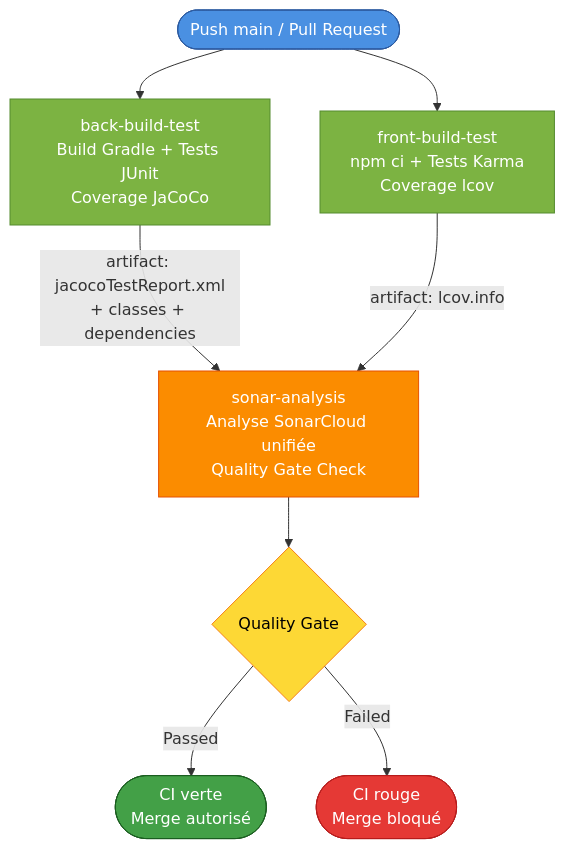
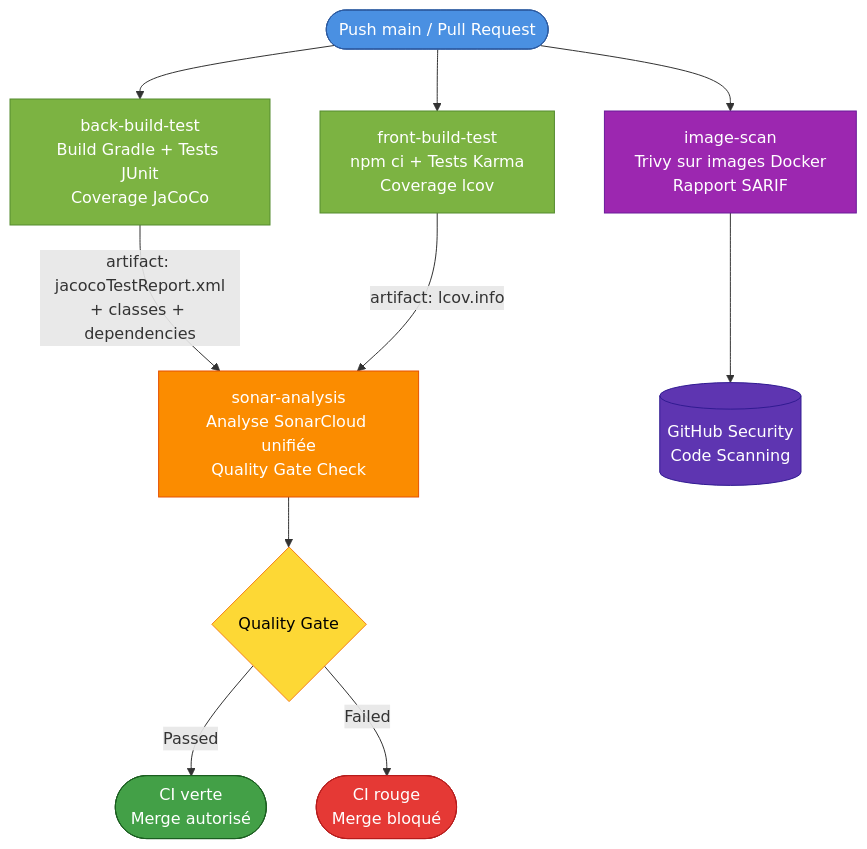
Before and after one commit to LaurentGourouvin/openclassrooms-project-9-micro-crm-orion: the diagram in Exercices/Partie_1/Etape_2/plan_ci.md, drawn with Mermaid. The commit also changed 4 other files, not shown here.

Commit message:
ci(security): add Trivy image scan to detect Docker vulnerabilities

````diff
--- a/Exercices/Partie_1/Etape_2/plan_ci.md
+++ b/Exercices/Partie_1/Etape_2/plan_ci.md
@@ -14,20 +14,24 @@
 ```mermaid
 flowchart TD
-Start([Push main / Pull Request]) --> Back[back-build-test<br/>Build Gradle + Tests JUnit<br/>Coverage JaCoCo]
-Start --> Front[front-build-test<br/>npm ci + Tests Karma<br/>Coverage lcov]
+    Start([Push main / Pull Request]) --> Back[back-build-test<br/>Build Gradle + Tests JUnit<br/>Coverage JaCoCo]
+    Start --> Front[front-build-test<br/>npm ci + Tests Karma<br/>Coverage lcov]
+    Start --> Scan[image-scan<br/>Trivy sur images Docker<br/>Rapport SARIF]
 
     Back -->|artifact: jacocoTestReport.xml<br/>+ classes + dependencies| Sonar[sonar-analysis<br/>Analyse SonarCloud unifiée<br/>Quality Gate Check]
     Front -->|artifact: lcov.info| Sonar
-    
+    Scan --> SecurityTab[(GitHub Security<br/>Code Scanning)]
+
     Sonar --> Result{Quality Gate}
     Result -->|Passed| Success([CI verte<br/>Merge autorisé])
     Result -->|Failed| Fail([CI rouge<br/>Merge bloqué])
-    
+
     style Start fill:#4a90e2,stroke:#2c5aa0,color:#fff
     style Back fill:#7cb342,stroke:#558b2f,color:#fff
     style Front fill:#7cb342,stroke:#558b2f,color:#fff
+    style Scan fill:#9c27b0,stroke:#6a1b9a,color:#fff
     style Sonar fill:#fb8c00,stroke:#e65100,color:#fff
+    style SecurityTab fill:#5e35b1,stroke:#311b92,color:#fff
     style Success fill:#43a047,stroke:#1b5e20,color:#fff
     style Fail fill:#e53935,stroke:#b71c1c,color:#fff
     style Result fill:#fdd835,stroke:#f57f17,color:#000
 ```
````
